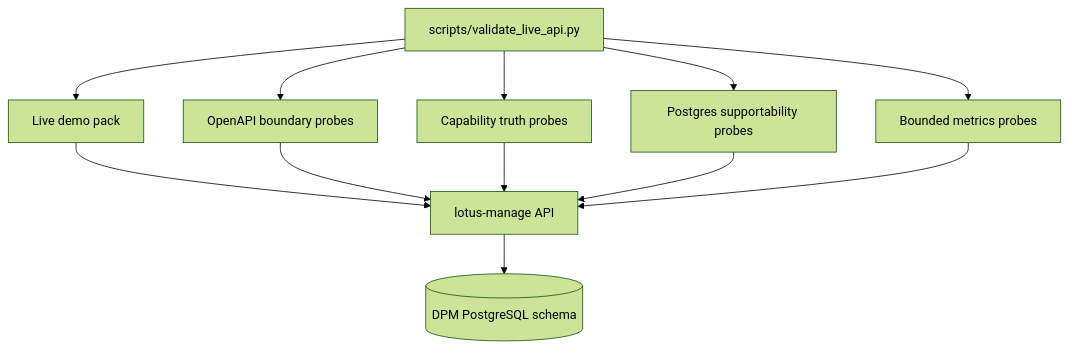
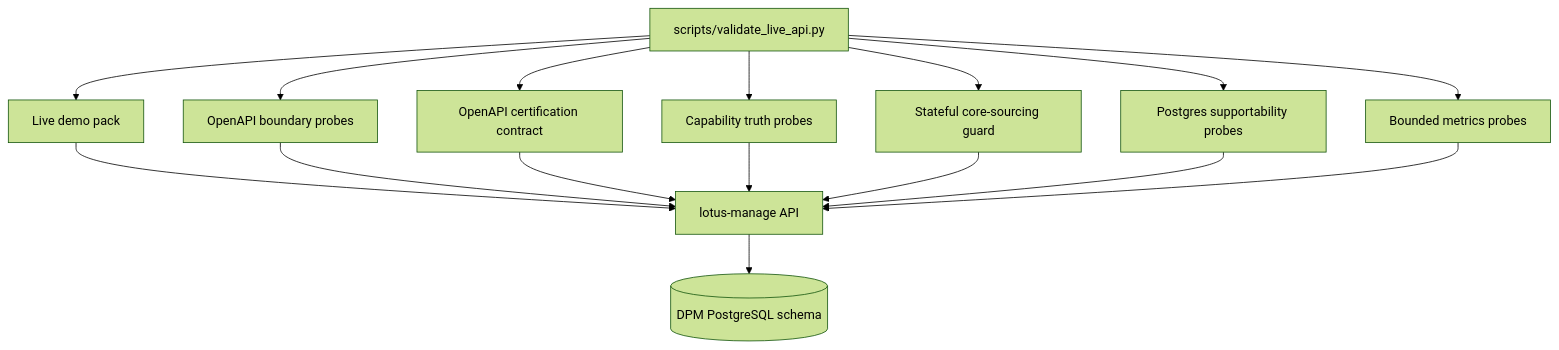
The third of 3 diagrams in wiki/Architecture.md (sgajbi/lotus-manage), drawn with Mermaid (forest theme) before and after one commit. The commit also changed other lines of this file and 9 other files, not shown here.

````diff
--- a/wiki/Architecture.md
+++ b/wiki/Architecture.md
@@ -24,14 +48,18 @@
 ```mermaid
 flowchart TD
     Validator[scripts/validate_live_api.py] --> DemoPack[Live demo pack]
     Validator --> Boundary[OpenAPI boundary probes]
+    Validator --> Swagger[OpenAPI certification contract]
     Validator --> Capabilities[Capability truth probes]
+    Validator --> CoreGuard[Stateful core-sourcing guard]
     Validator --> Supportability[Postgres supportability probes]
     Validator --> Metrics[Bounded metrics probes]
     DemoPack --> Manage[lotus-manage API]
     Boundary --> Manage
+    Swagger --> Manage
     Capabilities --> Manage
+    CoreGuard --> Manage
     Supportability --> Manage
     Metrics --> Manage
     Manage --> DpmDb[(DPM PostgreSQL schema)]
 ```
````
